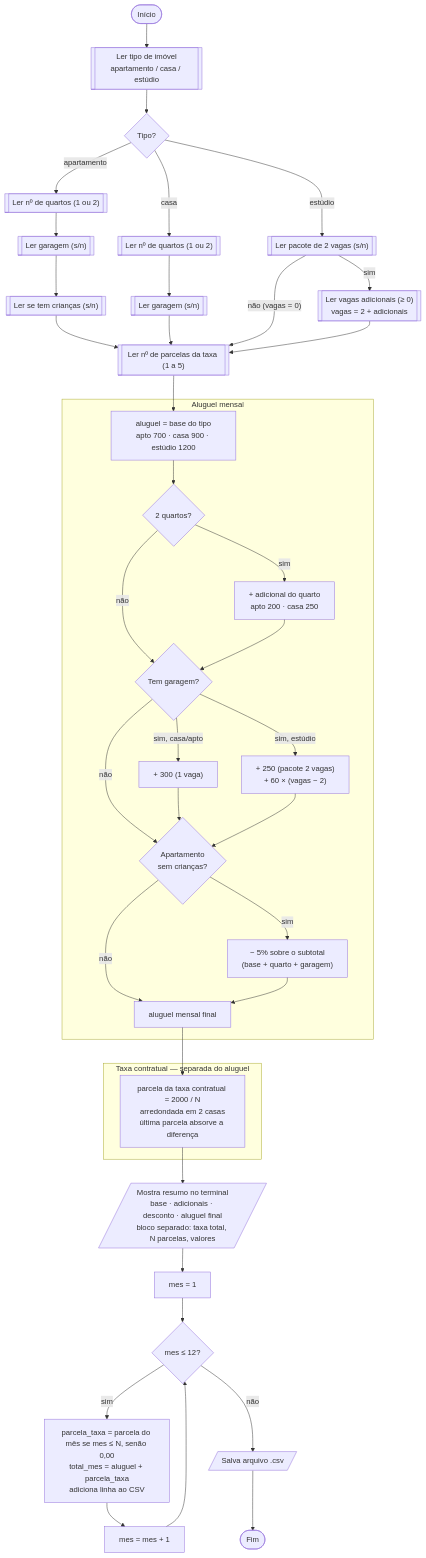
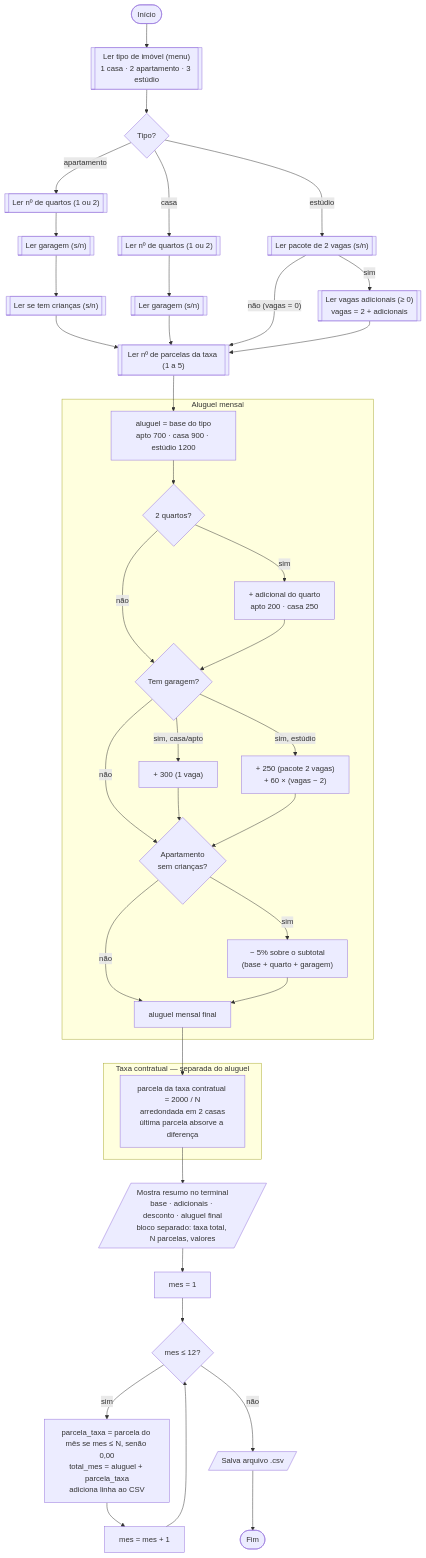
One commit to Roberth-Souza/rentsmart changed the first of 2 diagrams in FLUXOGRAMA.md. Above: the diagram before and after it, drawn with Mermaid.

Commit message:
docs: show numbered property menu in flowchart

````diff
--- a/FLUXOGRAMA.md
+++ b/FLUXOGRAMA.md
@@ -8,54 +8,54 @@
 ```mermaid
 flowchart TD
-    INI([Início]) --> TIPO[["Ler tipo de imóvel<br/>apartamento / casa / estúdio"]]
+    INI([Início]) --> TIPO[["Ler tipo de imóvel (menu)<br/>1 casa · 2 apartamento · 3 estúdio"]]
     TIPO --> QUAL{"Tipo?"}
 
     QUAL -->|apartamento| AQ[["Ler nº de quartos (1 ou 2)"]]
     AQ --> AG[["Ler garagem (s/n)"]]
     AG --> AC[["Ler se tem crianças (s/n)"]]
 
     QUAL -->|casa| CQ[["Ler nº de quartos (1 ou 2)"]]
     CQ --> CG[["Ler garagem (s/n)"]]
 
     QUAL -->|estúdio| EP[["Ler pacote de 2 vagas (s/n)"]]
     EP -->|sim| EA[["Ler vagas adicionais (≥ 0)<br/>vagas = 2 + adicionais"]]
 
     AC --> PARC[["Ler nº de parcelas da taxa (1 a 5)"]]
     CG --> PARC
     EP -->|"não (vagas = 0)"| PARC
     EA --> PARC
 
     subgraph ALUGUEL ["Aluguel mensal"]
         BASE["aluguel = base do tipo<br/>apto 700 · casa 900 · estúdio 1200"]
         BASE --> Q2{"2 quartos?"}
         Q2 -->|sim| ADQ["+ adicional do quarto<br/>apto 200 · casa 250"]
         Q2 -->|não| GAR{"Tem garagem?"}
         ADQ --> GAR
 
         GAR -->|"sim, casa/apto"| G1["+ 300 (1 vaga)"]
         GAR -->|"sim, estúdio"| G2["+ 250 (pacote 2 vagas)<br/>+ 60 × (vagas − 2)"]
         GAR -->|não| DESC{"Apartamento<br/>sem crianças?"}
         G1 --> DESC
         G2 --> DESC
 
         DESC -->|sim| D5["− 5% sobre o subtotal<br/>(base + quarto + garagem)"]
         DESC -->|não| FINAL["aluguel mensal final"]
         D5 --> FINAL
     end
 
     subgraph TAXA_CONTRATUAL ["Taxa contratual — separada do aluguel"]
         TAXA["parcela da taxa contratual = 2000 / N<br/>arredondada em 2 casas<br/>última parcela absorve a diferença"]
     end
 
     PARC --> BASE
     FINAL --> TAXA
     TAXA --> RES[/"Mostra resumo no terminal<br/>base · adicionais · desconto · aluguel final<br/>bloco separado: taxa total, N parcelas, valores"/]
 
     RES --> M1["mes = 1"]
     M1 --> MQ{"mes ≤ 12?"}
     MQ -->|sim| LIN["parcela_taxa = parcela do mês se mes ≤ N, senão 0,00<br/>total_mes = aluguel + parcela_taxa<br/>adiciona linha ao CSV"]
     LIN --> INC["mes = mes + 1"]
     INC --> MQ
     MQ -->|não| CSV[/"Salva arquivo .csv"/]
     CSV --> FIM([Fim])
 ```
````
